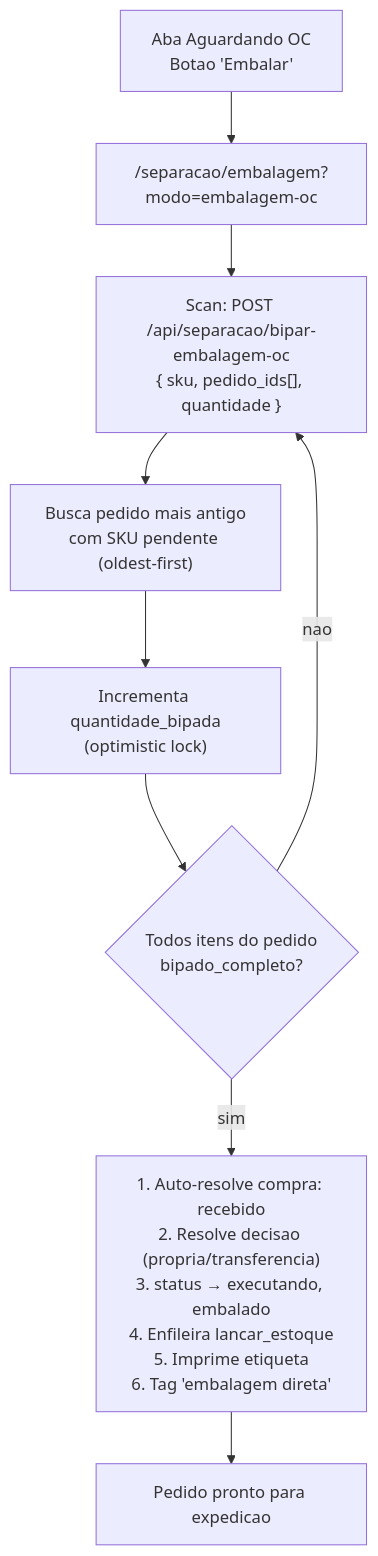
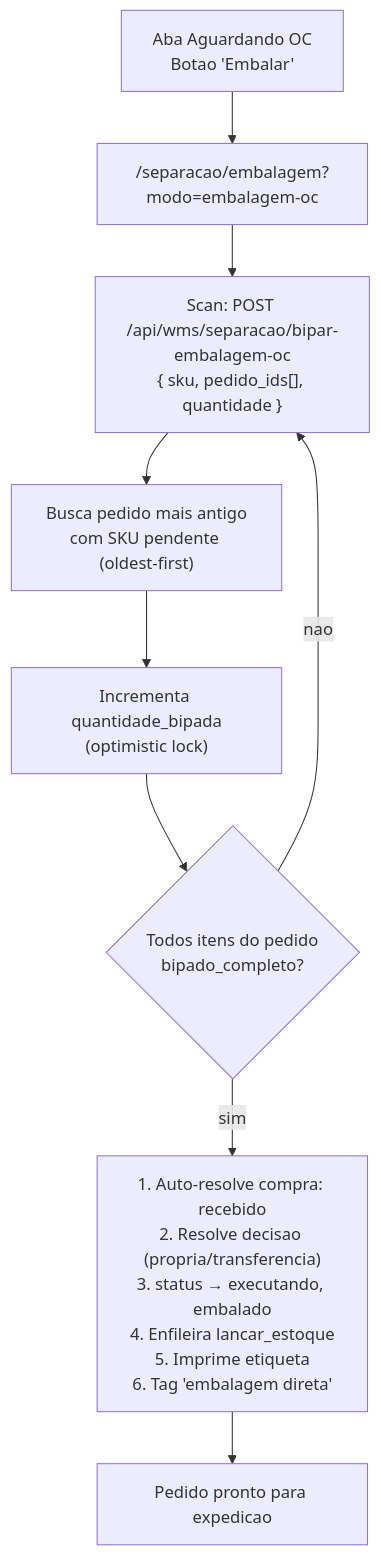
One commit to Eryk-dev/estoquelever changed diagram 18 of 18 in docs/diagramas/fluxos-siso.md. Above: the diagram before and after it, drawn with Mermaid. The commit also changed other lines of this file and 20 other files, not shown here.

````diff
--- a/docs/diagramas/fluxos-siso.md
+++ b/docs/diagramas/fluxos-siso.md
@@ -846,11 +846,11 @@
 ```mermaid
 flowchart TD
     A["Aba Aguardando OC<br/>Botao 'Embalar'"] --> B["/separacao/embalagem?modo=embalagem-oc"]
-    B --> C["Scan: POST /api/separacao/bipar-embalagem-oc<br/>{ sku, pedido_ids[], quantidade }"]
+    B --> C["Scan: POST /api/wms/separacao/bipar-embalagem-oc<br/>{ sku, pedido_ids[], quantidade }"]
     C --> D["Busca pedido mais antigo<br/>com SKU pendente (oldest-first)"]
     D --> E["Incrementa quantidade_bipada<br/>(optimistic lock)"]
     E --> F{"Todos itens do pedido<br/>bipado_completo?"}
     F -->|nao| C
     F -->|sim| G["1. Auto-resolve compra: recebido<br/>2. Resolve decisao (propria/transferencia)<br/>3. status → executando, embalado<br/>4. Enfileira lancar_estoque<br/>5. Imprime etiqueta<br/>6. Tag 'embalagem direta'"]
     G --> H["Pedido pronto para expedicao"]
 ```
````
